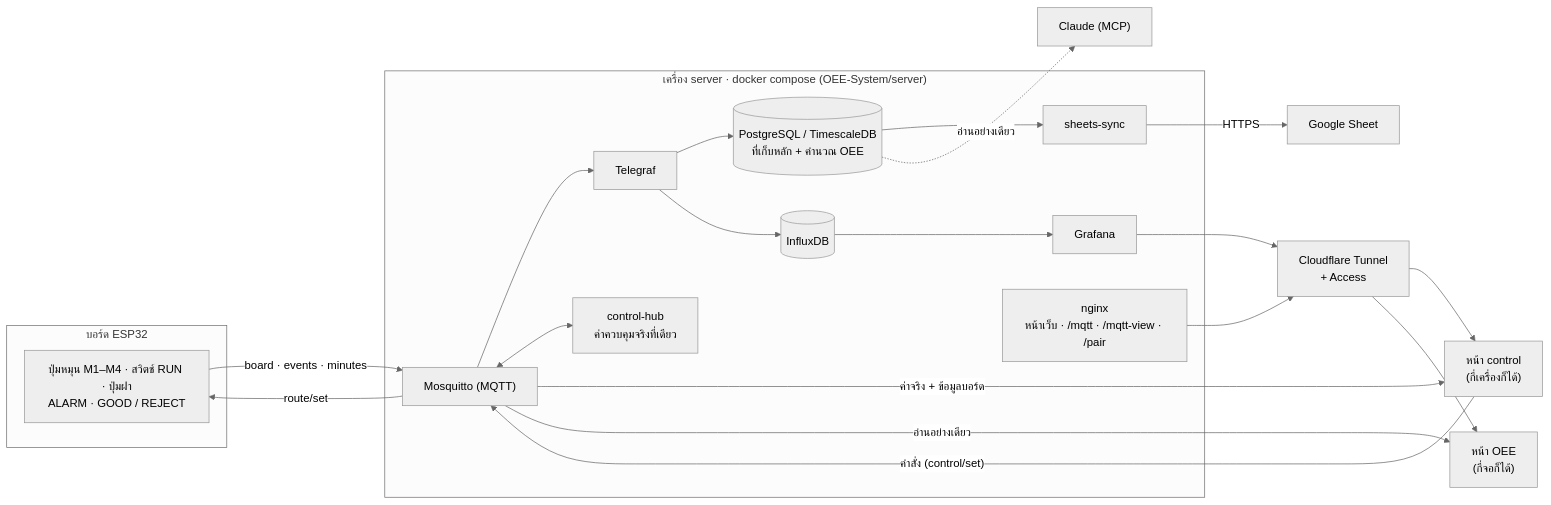
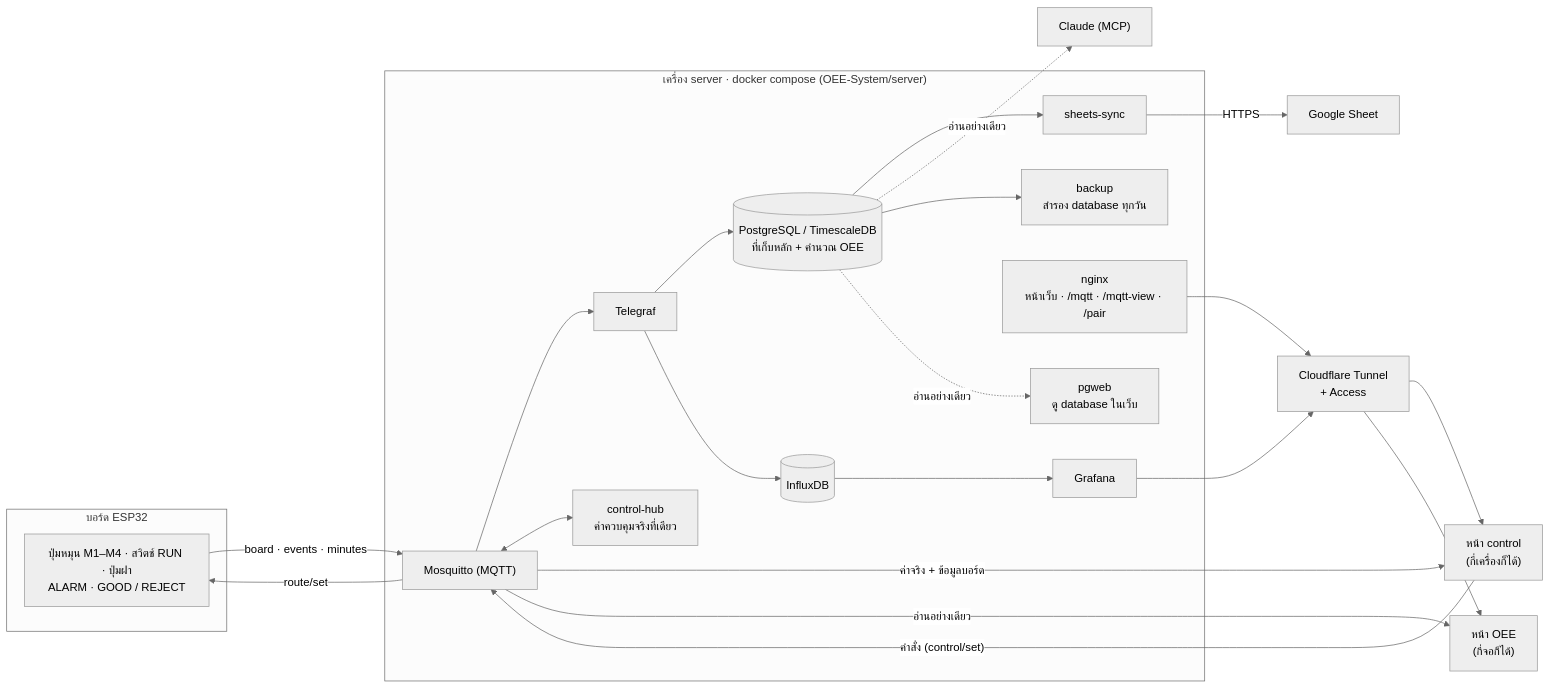
One commit to tazriqq/Smart-Factory-G3 changed the diagram in README.md. Above: the diagram before and after it, drawn with Mermaid (neutral theme). The commit also changed other lines of this file and 1 other file, not shown here.

````diff
--- a/README.md
+++ b/README.md
@@ -27,38 +27,42 @@
 ```mermaid
 flowchart LR
     subgraph board["บอร์ด ESP32"]
         hw["ปุ่มหมุน M1–M4 · สวิตช์ RUN · ปุ่มฝา<br/>ALARM · GOOD / REJECT"]
     end
 
     subgraph server["เครื่อง server · docker compose (OEE-System/server)"]
         mq["Mosquitto (MQTT)"]
         hub["control-hub<br/>ค่าควบคุมจริงที่เดียว"]
         tg["Telegraf"]
         pg[("PostgreSQL / TimescaleDB<br/>ที่เก็บหลัก + คำนวณ OEE")]
         ifx[("InfluxDB")]
         gf["Grafana"]
         ss["sheets-sync"]
         web["nginx<br/>หน้าเว็บ · /mqtt · /mqtt-view · /pair"]
+        bk["backup<br/>สำรอง database ทุกวัน"]
+        pw["pgweb<br/>ดู database ในเว็บ"]
     end
 
     ctl["หน้า control<br/>(กี่เครื่องก็ได้)"]
     oee["หน้า OEE<br/>(กี่จอก็ได้)"]
     gs["Google Sheet"]
     claude["Claude (MCP)"]
     cf["Cloudflare Tunnel<br/>+ Access"]
 
     hw -- "board · events · minutes" --> mq
     mq -- "route/set" --> hw
     mq --> tg --> pg
     tg --> ifx --> gf
     pg --> ss -- HTTPS --> gs
     pg -. "อ่านอย่างเดียว" .-> claude
+    pg --> bk
+    pg -. "อ่านอย่างเดียว" .-> pw
     ctl -- "คำสั่ง (control/set)" --> mq
     mq <--> hub
     mq -- "ค่าจริง + ข้อมูลบอร์ด" --> ctl
     mq -- "อ่านอย่างเดียว" --> oee
     web --> cf
     gf --> cf
     cf --> ctl
     cf --> oee
 ```
````
